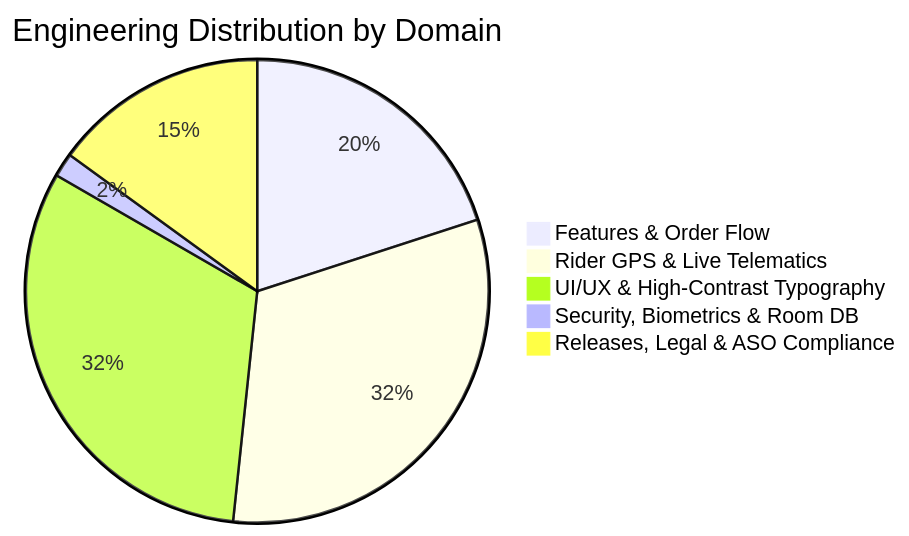
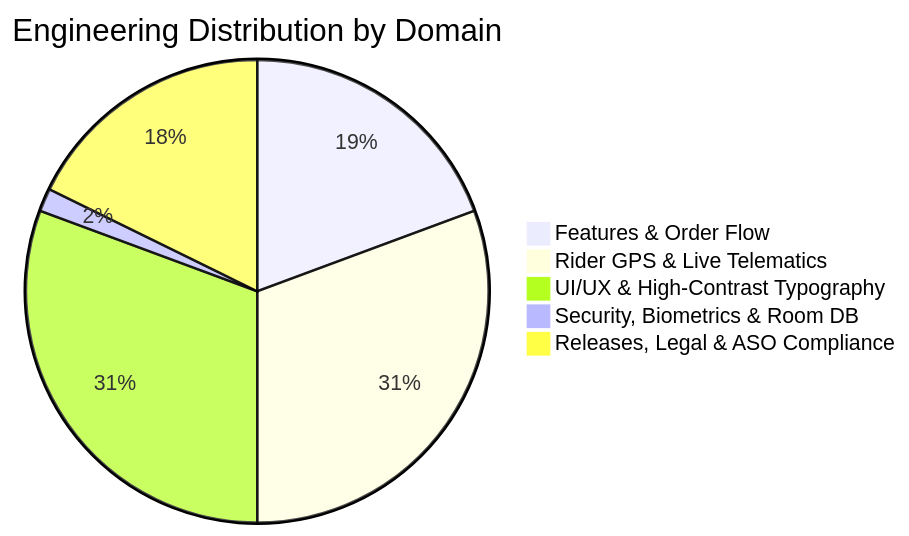
The second of 2 diagrams in README.md (daniyal44/Zyphuel-App), drawn with Mermaid before and after one commit. The commit also changed other lines of this file, not shown here.

Commit message:
chore(dashboard): auto-update code-based engineering velocity graph [skip ci]

````diff
--- a/README.md
+++ b/README.md
@@ -60,8 +60,8 @@
 ```mermaid
 pie title Engineering Distribution by Domain
     "Features & Order Flow" : 12
     "Rider GPS & Live Telematics" : 19
     "UI/UX & High-Contrast Typography" : 19
     "Security, Biometrics & Room DB" : 1
-    "Releases, Legal & ASO Compliance" : 9
+    "Releases, Legal & ASO Compliance" : 11
 ```
````
